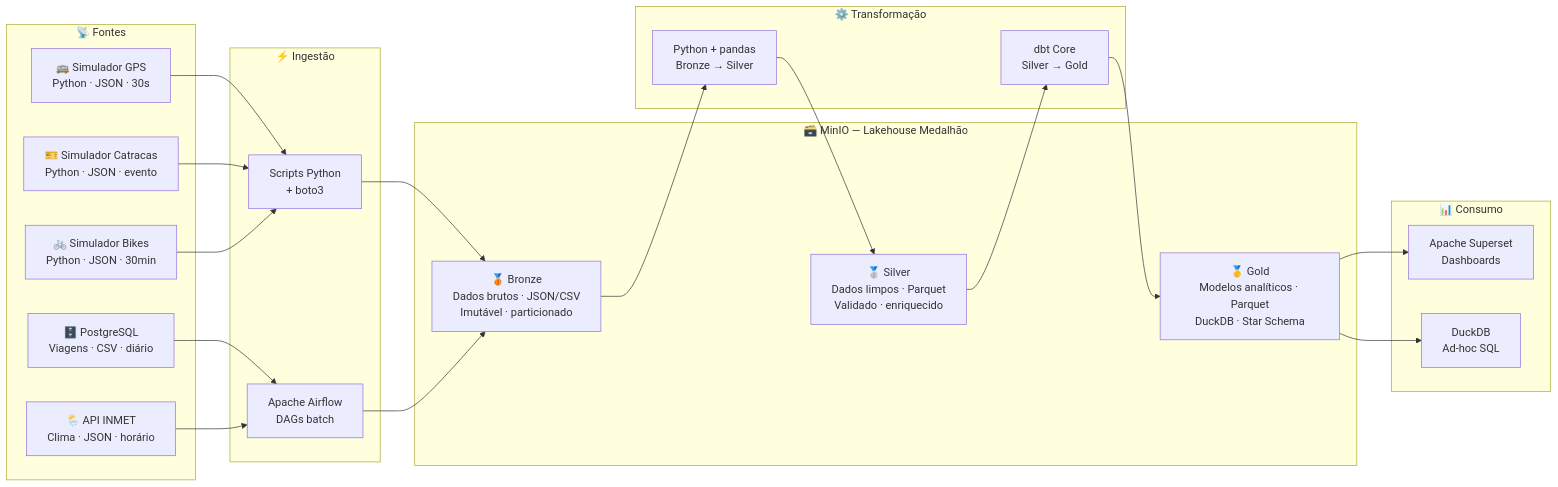
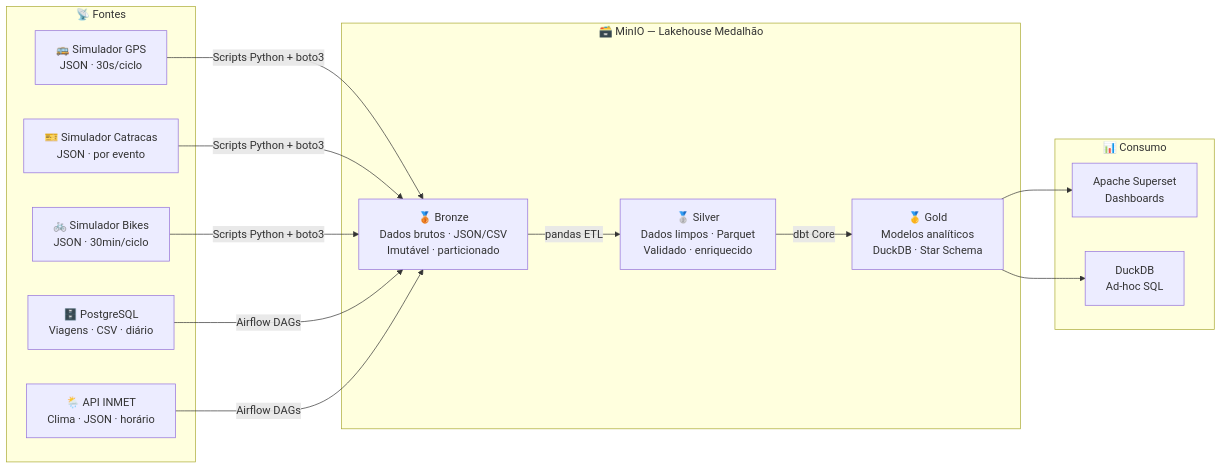
The first of 3 diagrams in README.md (eduardohirle22/Trabalho-engenharia-de-dados), drawn with Mermaid before and after one commit. The commit also changed other lines of this file and 19 other files, not shown here.

````diff
--- a/README.md
+++ b/README.md
@@ -29,37 +37,27 @@
 ```mermaid
 flowchart LR
     subgraph FONTES["📡 Fontes"]
-        S1["🚌 Simulador GPS\nPython · JSON · 30s"]
-        S2["🎫 Simulador Catracas\nPython · JSON · evento"]
-        S3["🚲 Simulador Bikes\nPython · JSON · 30min"]
+        S1["🚌 Simulador GPS\nJSON · 30s/ciclo"]
+        S2["🎫 Simulador Catracas\nJSON · por evento"]
+        S3["🚲 Simulador Bikes\nJSON · 30min/ciclo"]
         B1["🗄️ PostgreSQL\nViagens · CSV · diário"]
         B2["🌦️ API INMET\nClima · JSON · horário"]
-    end
-
-    subgraph INGESTAO["⚡ Ingestão"]
-        SIM["Scripts Python\n+ boto3"]
-        AIRFLOW["Apache Airflow\nDAGs batch"]
     end
 
     subgraph LAKE["🗃️ MinIO — Lakehouse Medalhão"]
         BRONZE["🥉 Bronze\nDados brutos · JSON/CSV\nImutável · particionado"]
         SILVER["🥈 Silver\nDados limpos · Parquet\nValidado · enriquecido"]
-        GOLD["🥇 Gold\nModelos analíticos · Parquet\nDuckDB · Star Schema"]
-    end
-
-    subgraph TRANSFORM["⚙️ Transformação"]
-        PANDAS["Python + pandas\nBronze → Silver"]
-        DBT["dbt Core\nSilver → Gold"]
+        GOLD["🥇 Gold\nModelos analíticos\nDuckDB · Star Schema"]
     end
 
     subgraph CONSUMO["📊 Consumo"]
         SUPERSET["Apache Superset\nDashboards"]
         DUCKDB["DuckDB\nAd-hoc SQL"]
     end
 
-    S1 & S2 & S3 --> SIM --> BRONZE
-    B1 & B2 --> AIRFLOW --> BRONZE
-    BRONZE --> PANDAS --> SILVER --> DBT --> GOLD
-    GOLD --> SUPERSET
-    GOLD --> DUCKDB
+    S1 & S2 & S3 -->|"Scripts Python + boto3"| BRONZE
+    B1 & B2 -->|"Airflow DAGs"| BRONZE
+    BRONZE -->|"pandas ETL"| SILVER
+    SILVER -->|"dbt Core"| GOLD
+    GOLD --> SUPERSET & DUCKDB
 ```
````
